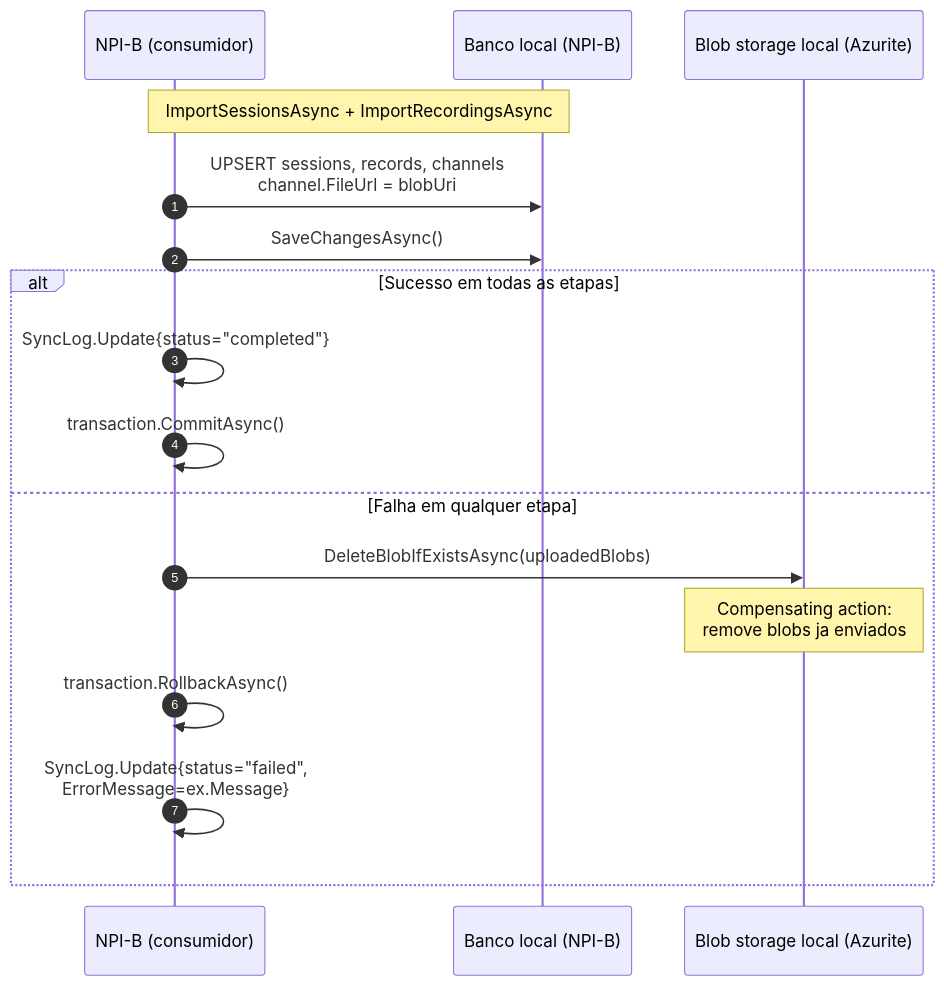
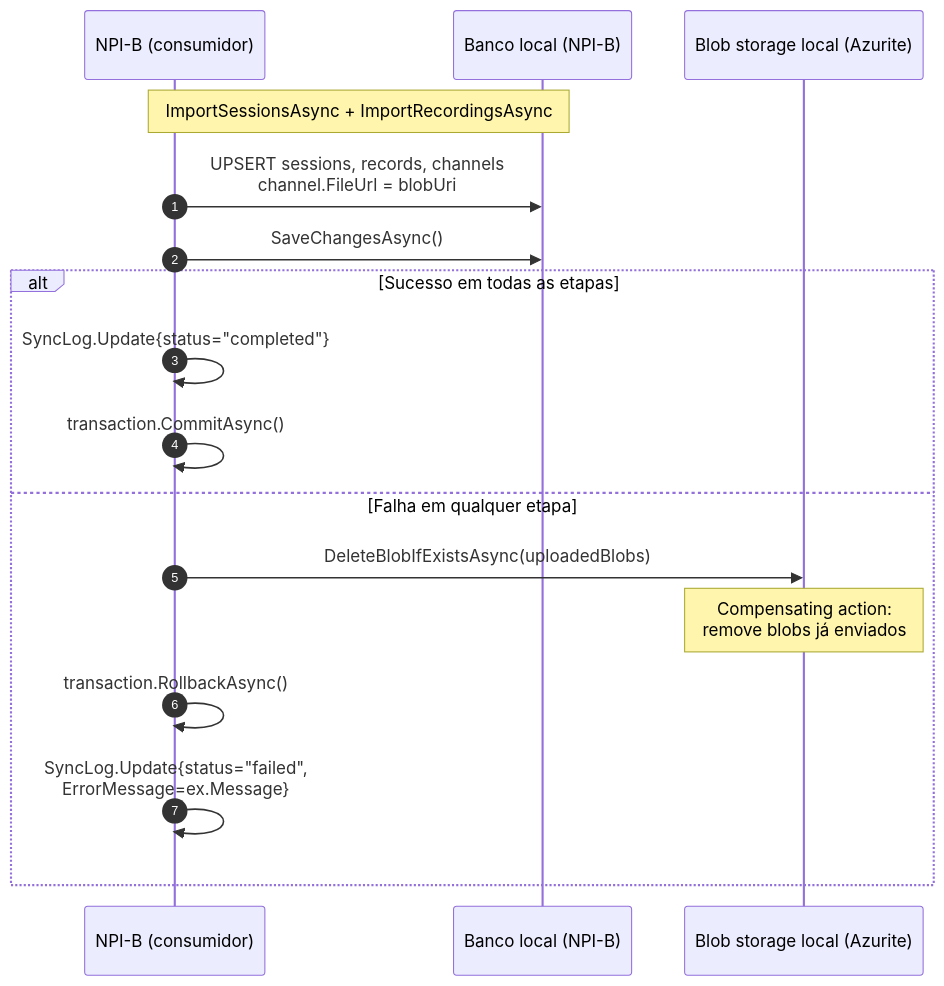
The diagram in figuras/Desenvolvimento/NPI/sync-biossinais-3-commit.mmd (VitorAndTxr/TCC-Vitor), drawn with Mermaid before and after one commit. The commit also changed 15 other files, not shown here.

```diff
--- a/figuras/Desenvolvimento/NPI/sync-biossinais-3-commit.mmd
+++ b/figuras/Desenvolvimento/NPI/sync-biossinais-3-commit.mmd
@@ -1,24 +1,24 @@
 %% ============================================================
 %% Sync biossinais - Parte 3/3: import + commit/compensacao
 %% Referenciado em: cap-experimentos-resultados.tex (4.2.5.3)
 %% Label: fig:NPISyncBiossinaisCommit
 %% ============================================================
 sequenceDiagram
     autonumber
     participant B as NPI-B (consumidor)
     participant DB as Banco local (NPI-B)
     participant Blob as Blob storage local (Azurite)
 
     Note over B,DB: ImportSessionsAsync + ImportRecordingsAsync
     B->>DB: UPSERT sessions, records, channels<br/>channel.FileUrl = blobUri
     B->>DB: SaveChangesAsync()
 
     alt Sucesso em todas as etapas
         B->>B: SyncLog.Update{status="completed"}
         B->>B: transaction.CommitAsync()
     else Falha em qualquer etapa
         B->>Blob: DeleteBlobIfExistsAsync(uploadedBlobs)
-        Note over Blob: Compensating action:<br/>remove blobs ja enviados
+        Note over Blob: Compensating action:<br/>remove blobs já enviados
         B->>B: transaction.RollbackAsync()
         B->>B: SyncLog.Update{status="failed",<br/>ErrorMessage=ex.Message}
     end
```
